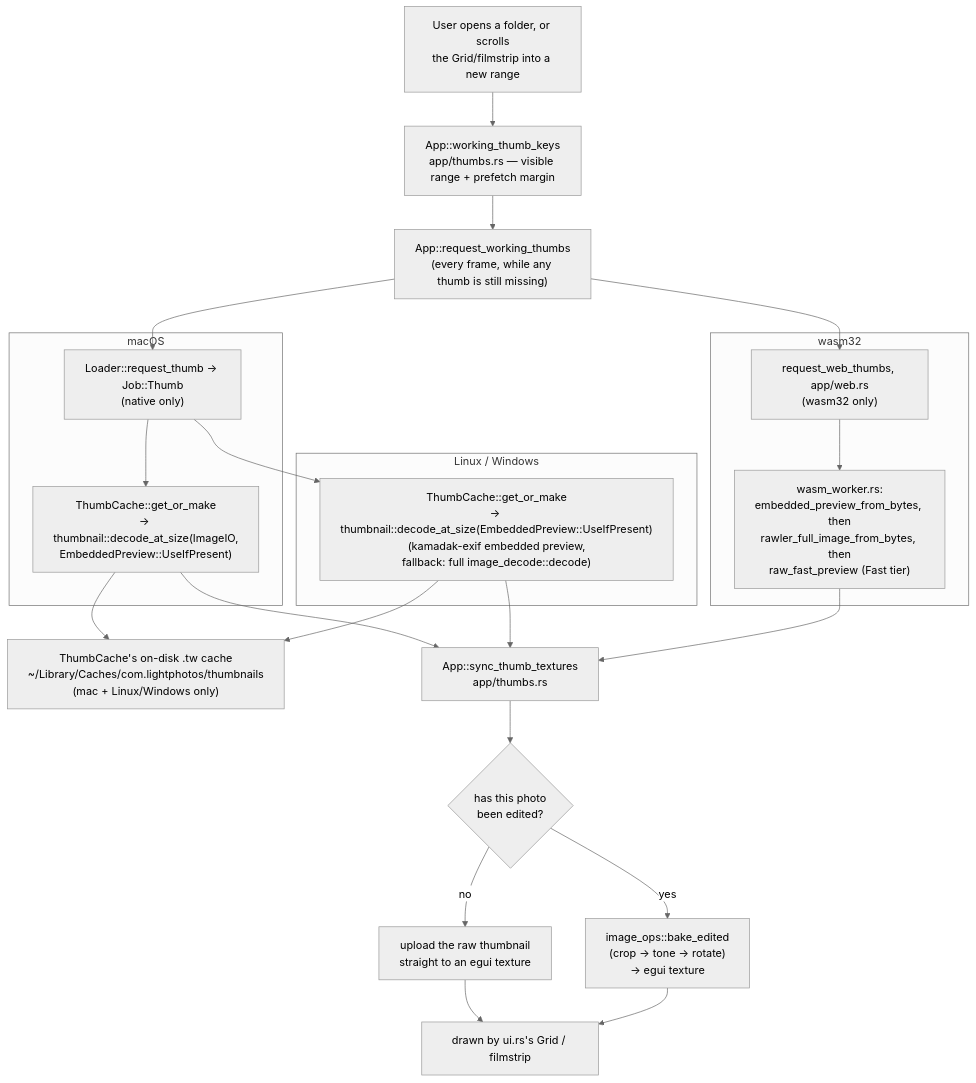
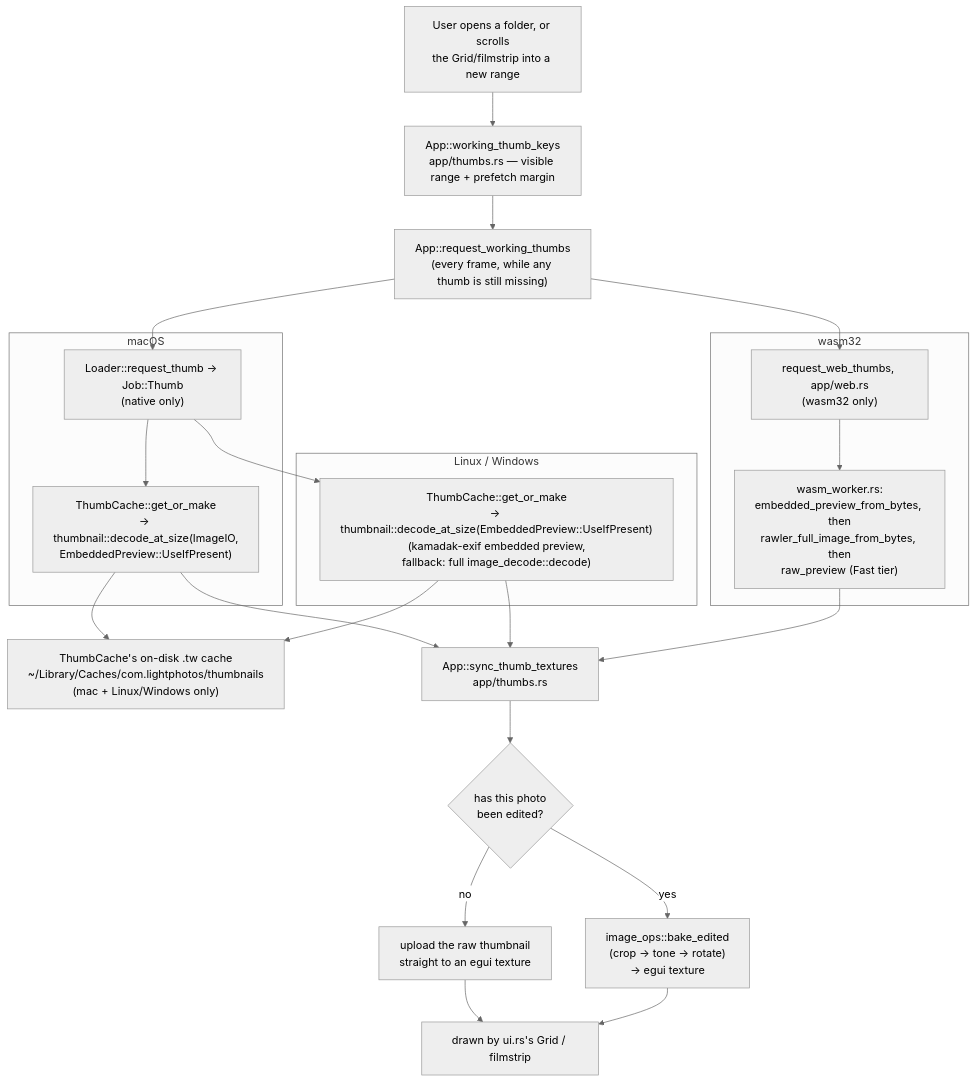
One commit to andrewyao/lightphotos changed the second of 3 diagrams in ARCHITECTURE.md. Above: the diagram before and after it, drawn with Mermaid (neutral theme). The commit also changed other lines of this file and 14 other files, not shown here.

````diff
--- a/ARCHITECTURE.md
+++ b/ARCHITECTURE.md
@@ -132,32 +132,32 @@
 ```mermaid
 flowchart TD
     folder["User opens a folder, or scrolls\nthe Grid/filmstrip into a new range"]
     folder --> working["App::working_thumb_keys\napp/thumbs.rs — visible range + prefetch margin"]
     working --> reqthumb["App::request_working_thumbs\n(every frame, while any thumb is still missing)"]
 
     reqthumb --> nativeq["Loader::request_thumb -> Job::Thumb\n(native only)"]
     reqthumb --> webq["request_web_thumbs, app/web.rs\n(wasm32 only)"]
 
     subgraph mac2["macOS"]
         nativeq --> mact["ThumbCache::get_or_make\n-> thumbnail::decode_at_size(ImageIO,\nEmbeddedPreview::UseIfPresent)"]
     end
     subgraph other2["Linux / Windows"]
         nativeq --> othct["ThumbCache::get_or_make\n-> thumbnail::decode_at_size(EmbeddedPreview::UseIfPresent)\n(kamadak-exif embedded preview,\nfallback: full image_decode::decode)"]
     end
     subgraph web2["wasm32"]
-        webq --> webct["wasm_worker.rs:\nembedded_preview_from_bytes, then\nrawler_full_image_from_bytes, then\nraw_fast_preview (Fast tier)"]
+        webq --> webct["wasm_worker.rs:\nembedded_preview_from_bytes, then\nrawler_full_image_from_bytes, then\nraw_preview (Fast tier)"]
     end
 
     mact --> disk["ThumbCache's on-disk .tw cache\n~/Library/Caches/com.lightphotos/thumbnails\n(mac + Linux/Windows only)"]
     othct --> disk
 
     mact --> sync["App::sync_thumb_textures\napp/thumbs.rs"]
     othct --> sync
     webct --> sync
 
     sync --> bake{"has this photo\nbeen edited?"}
     bake -- "no" --> rawtex["upload the raw thumbnail\nstraight to an egui texture"]
     bake -- "yes" --> baked["image_ops::bake_edited\n(crop -> tone -> rotate)\n-> egui texture"]
     rawtex --> grid["drawn by ui.rs's Grid / filmstrip"]
     baked --> grid
 ```
````
